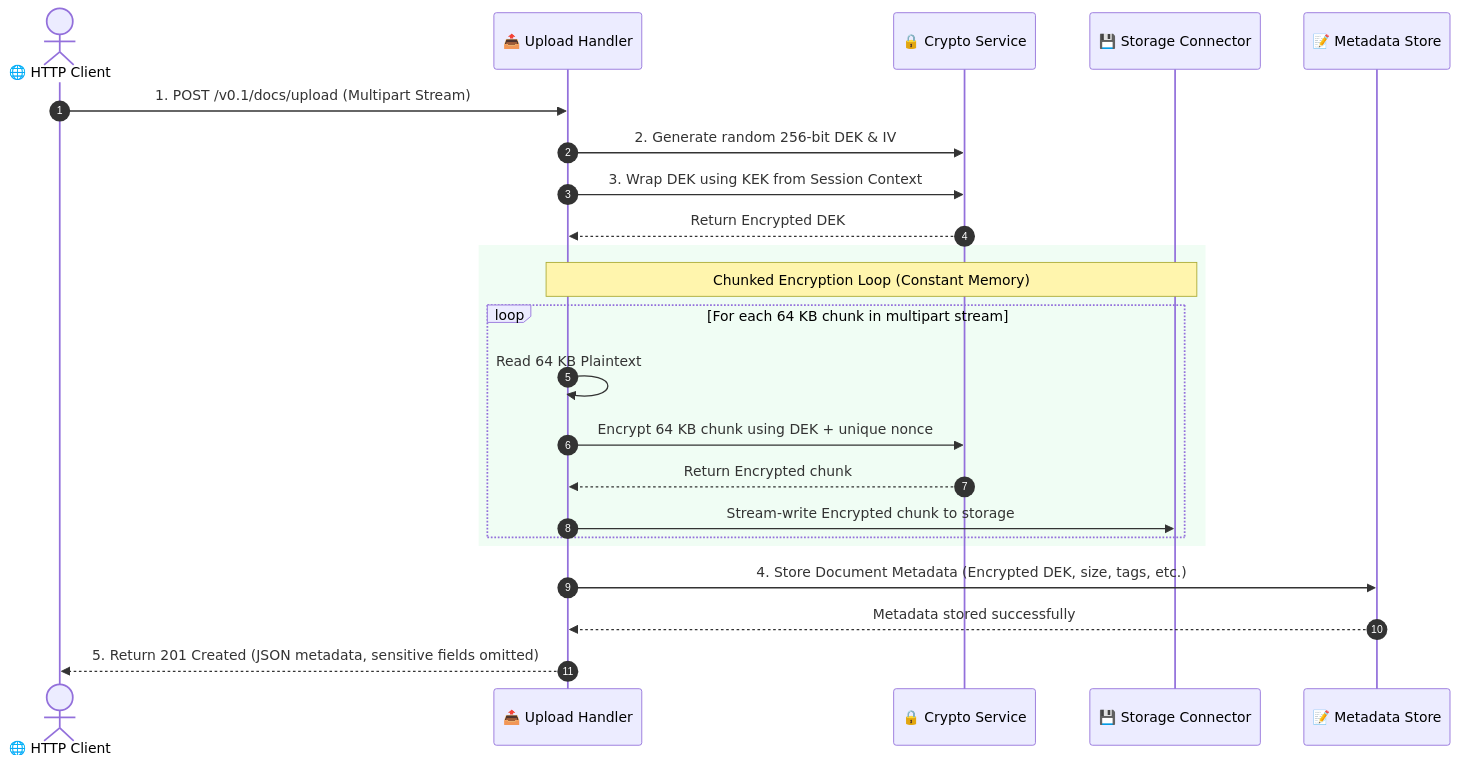
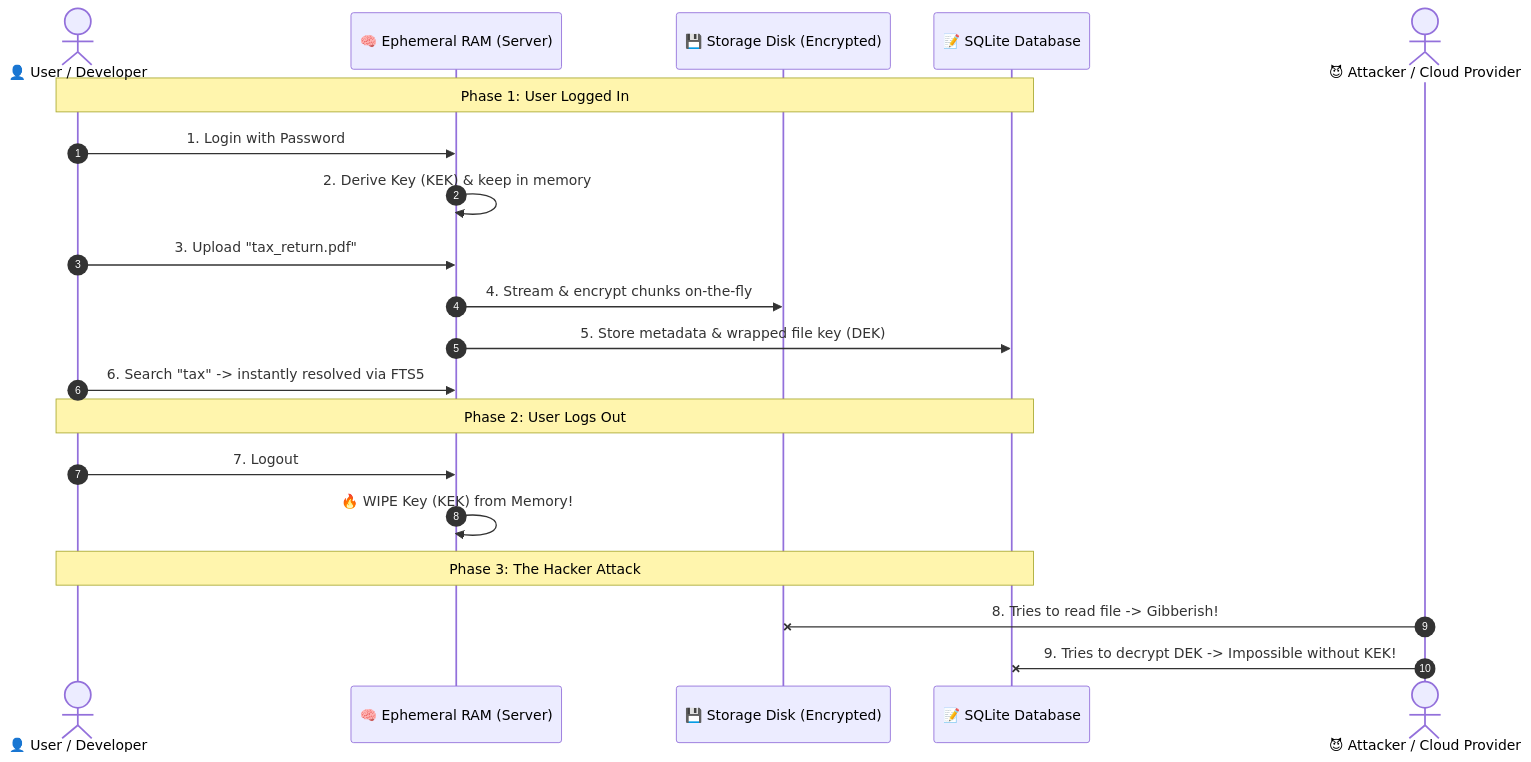
One commit to Kyei-Ernest/lamba changed the second of 2 diagrams in README.md. Above: the diagram before and after it, drawn with Mermaid. The commit also changed other lines of this file, not shown here.

````diff
--- a/README.md
+++ b/README.md
@@ -216,28 +123,25 @@
 ```mermaid
 sequenceDiagram
     autonumber
-    actor Client as 🌐 HTTP Client
-    participant H as 📤 Upload Handler
-    participant C as 🔒 Crypto Service
-    participant S as 💾 Storage Connector
-    participant DB as 📝 Metadata Store
-
-    Client->>H: 1. POST /v0.1/docs/upload (Multipart Stream)
-    H->>C: 2. Generate random 256-bit DEK & IV
-    H->>C: 3. Wrap DEK using KEK from Session Context
-    C-->>H: Return Encrypted DEK
+    actor User as 👤 User / Developer
+    participant RAM as 🧠 Ephemeral RAM (Server)
+    participant Disk as 💾 Storage Disk (Encrypted)
+    participant DB as 📝 SQLite Database
     
-    rect rgb(240, 253, 244)
-        note over H,S: Chunked Encryption Loop (Constant Memory)
-        loop For each 64 KB chunk in multipart stream
-            H->>H: Read 64 KB Plaintext
-            H->>C: Encrypt 64 KB chunk using DEK + unique nonce
-            C-->>H: Return Encrypted chunk
-            H->>S: Stream-write Encrypted chunk to storage
-        end
-    end
+    Note over User,DB: Phase 1: User Logged In
+    User->>RAM: 1. Login with Password
+    RAM->>RAM: 2. Derive Key (KEK) & keep in memory
+    User->>RAM: 3. Upload "tax_return.pdf"
+    RAM->>Disk: 4. Stream & encrypt chunks on-the-fly
+    RAM->>DB: 5. Store metadata & wrapped file key (DEK)
+    User->>RAM: 6. Search "tax" -> instantly resolved via FTS5
     
-    H->>DB: 4. Store Document Metadata (Encrypted DEK, size, tags, etc.)
-    DB-->>H: Metadata stored successfully
-    H-->>Client: 5. Return 201 Created (JSON metadata, sensitive fields omitted)
+    Note over User,DB: Phase 2: User Logs Out
+    User->>RAM: 7. Logout
+    RAM->>RAM: 🔥 WIPE Key (KEK) from Memory!
+    
+    Note over User,DB: Phase 3: The Hacker Attack
+    actor Hacker as 😈 Attacker / Cloud Provider
+    Hacker-xDisk: 8. Tries to read file -> Gibberish!
+    Hacker-xDB: 9. Tries to decrypt DEK -> Impossible without KEK!
 ```
````
